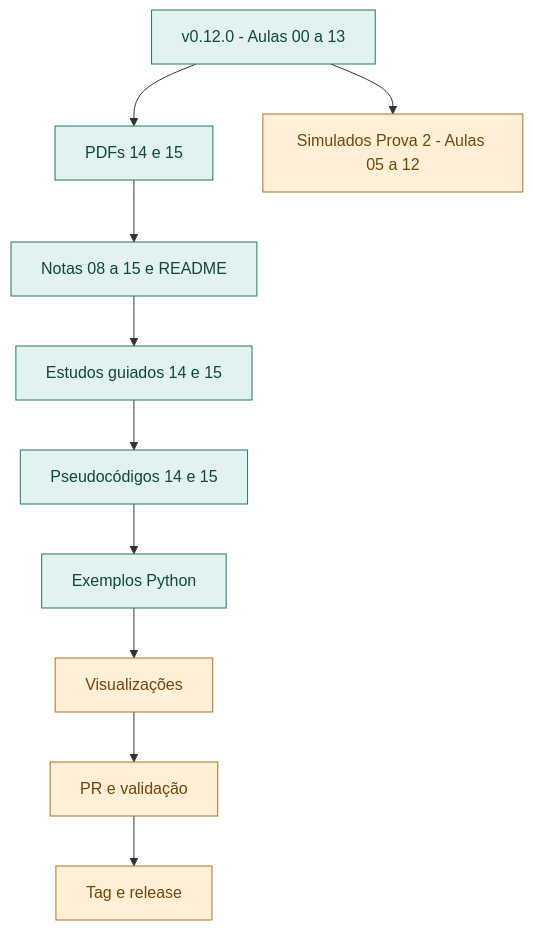
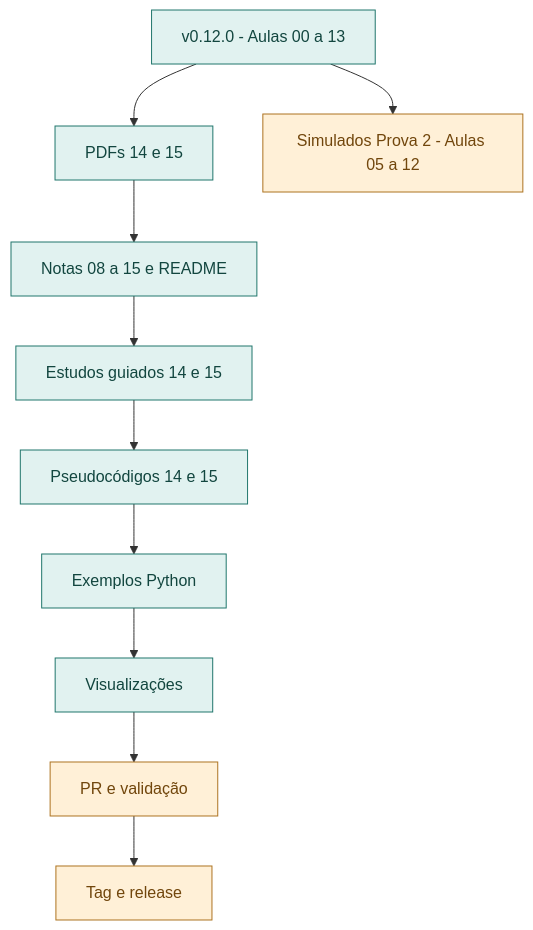
Before and after one commit to tiagofga/EC-IA: the diagram in docs/roadmap.md, drawn with Mermaid. The commit also changed other lines of this file and 15 other files, not shown here.

````diff
--- a/docs/roadmap.md
+++ b/docs/roadmap.md
@@ -51,16 +51,16 @@
 ```mermaid
 flowchart TD
   A["v0.12.0 - Aulas 00 a 13"] --> B["PDFs 14 e 15"]
   B --> C["Notas 08 a 15 e README"]
   C --> D["Estudos guiados 14 e 15"]
   D --> E["Pseudocódigos 14 e 15"]
   E --> F["Exemplos Python"]
   F --> G["Visualizações"]
   G --> H["PR e validação"]
   H --> I["Tag e release"]
   A --> J["Simulados Prova 2 - Aulas 05 a 12"]
   classDef done fill:#e1f2f0,stroke:#20766c,color:#12463f;
   classDef pending fill:#fff0d7,stroke:#ad7321,color:#71460c;
-  class A,B,C,D,E,F done;
-  class G,H,I,J pending;
+  class A,B,C,D,E,F,G done;
+  class H,I,J pending;
 ```
````
